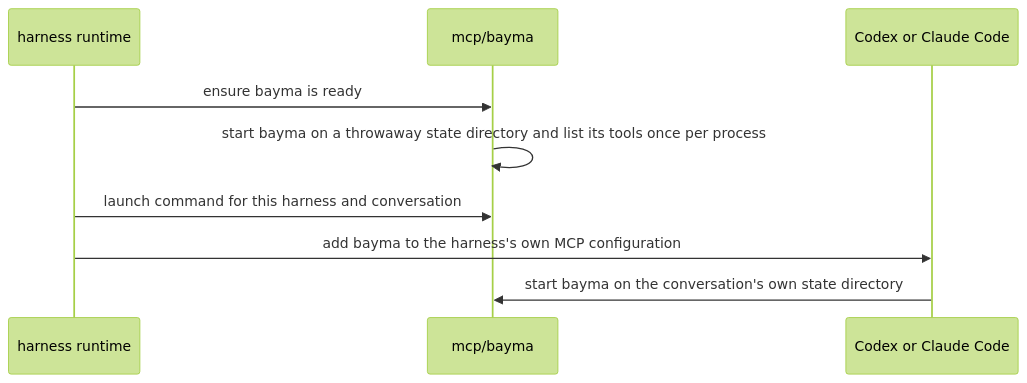
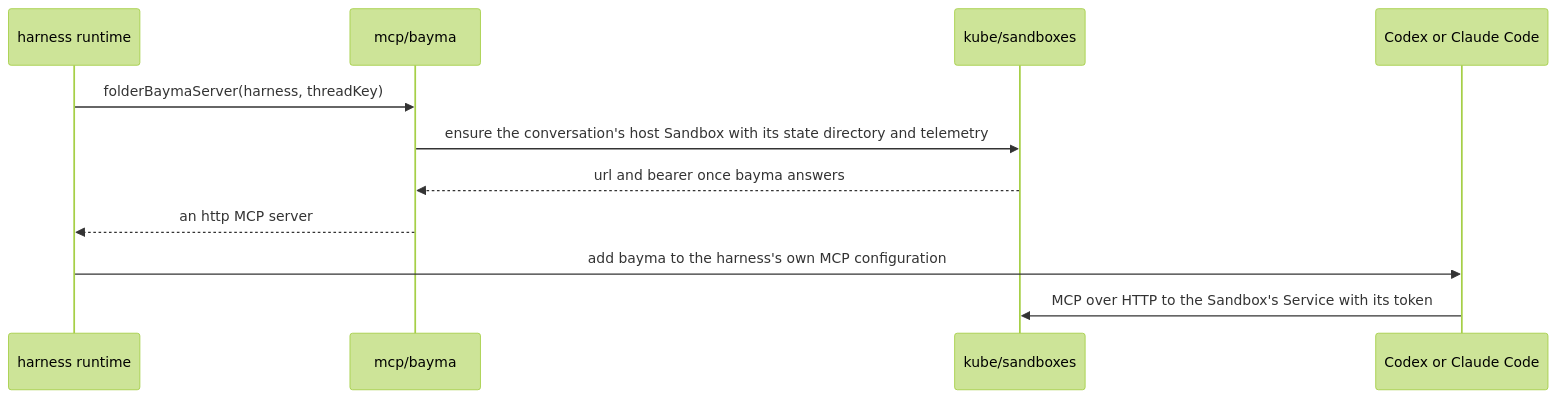
One commit to eaucoin/alasio changed the second of 3 diagrams in src/mcp/README.md. Above: the diagram before and after it, drawn with Mermaid (forest theme). The commit also changed other lines of this file and 37 other files, not shown here.

````diff
--- a/src/mcp/README.md
+++ b/src/mcp/README.md
@@ -22,11 +24,13 @@
 ```mermaid
 sequenceDiagram
   participant Runtime as harness runtime
   participant Bayma as mcp/bayma
+  participant Kube as kube/sandboxes
   participant Harness as Codex or Claude Code
-  Runtime->>Bayma: ensure bayma is ready
-  Bayma->>Bayma: start bayma on a throwaway state directory and list its tools once per process
-  Runtime->>Bayma: launch command for this harness and conversation
+  Runtime->>Bayma: folderBaymaServer(harness, threadKey)
+  Bayma->>Kube: ensure the conversation's host Sandbox with its state directory and telemetry
+  Kube-->>Bayma: url and bearer once bayma answers
+  Bayma-->>Runtime: an http MCP server
   Runtime->>Harness: add bayma to the harness's own MCP configuration
-  Harness->>Bayma: start bayma on the conversation's own state directory
+  Harness->>Kube: MCP over HTTP to the Sandbox's Service with its token
 ```
````
